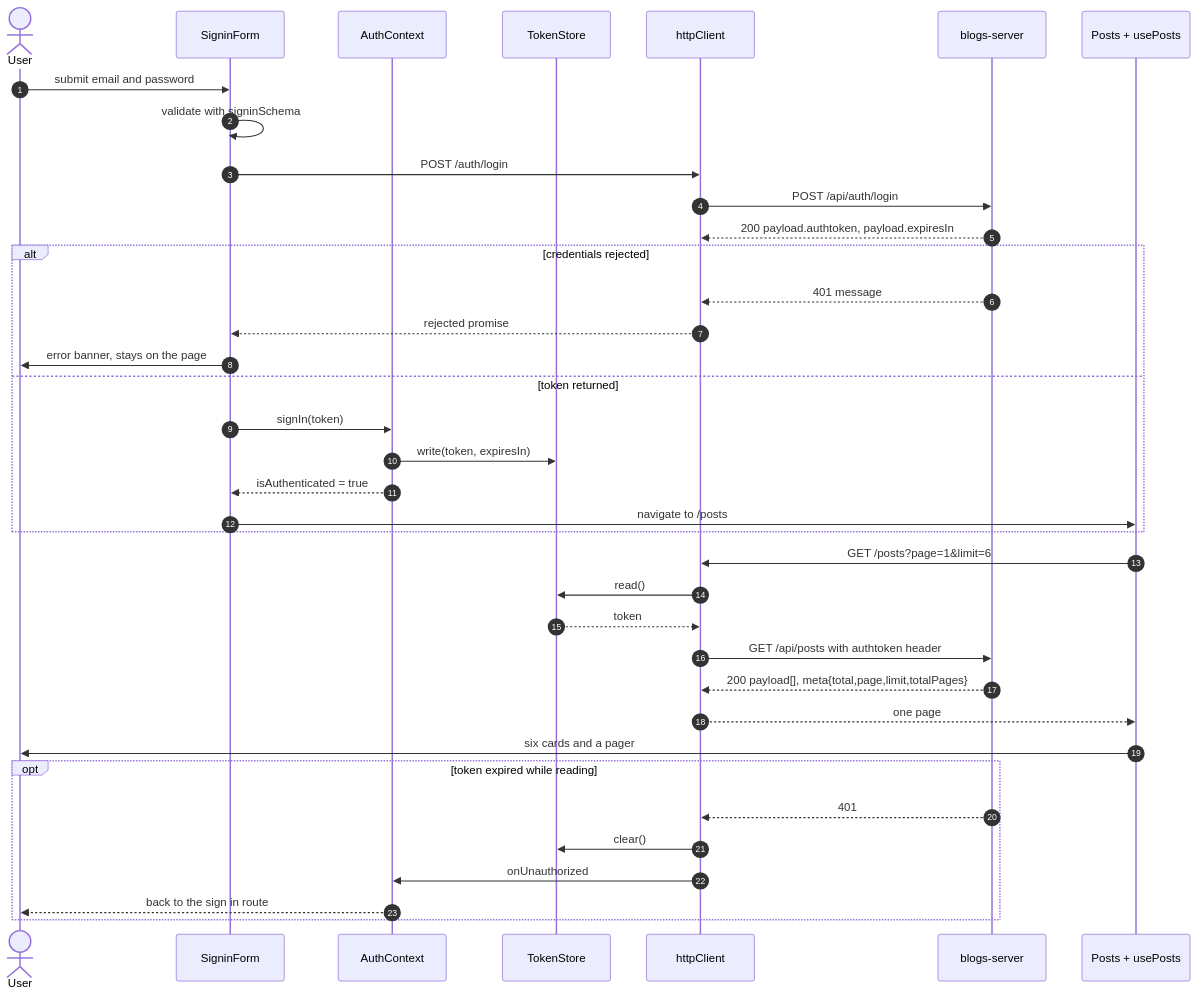
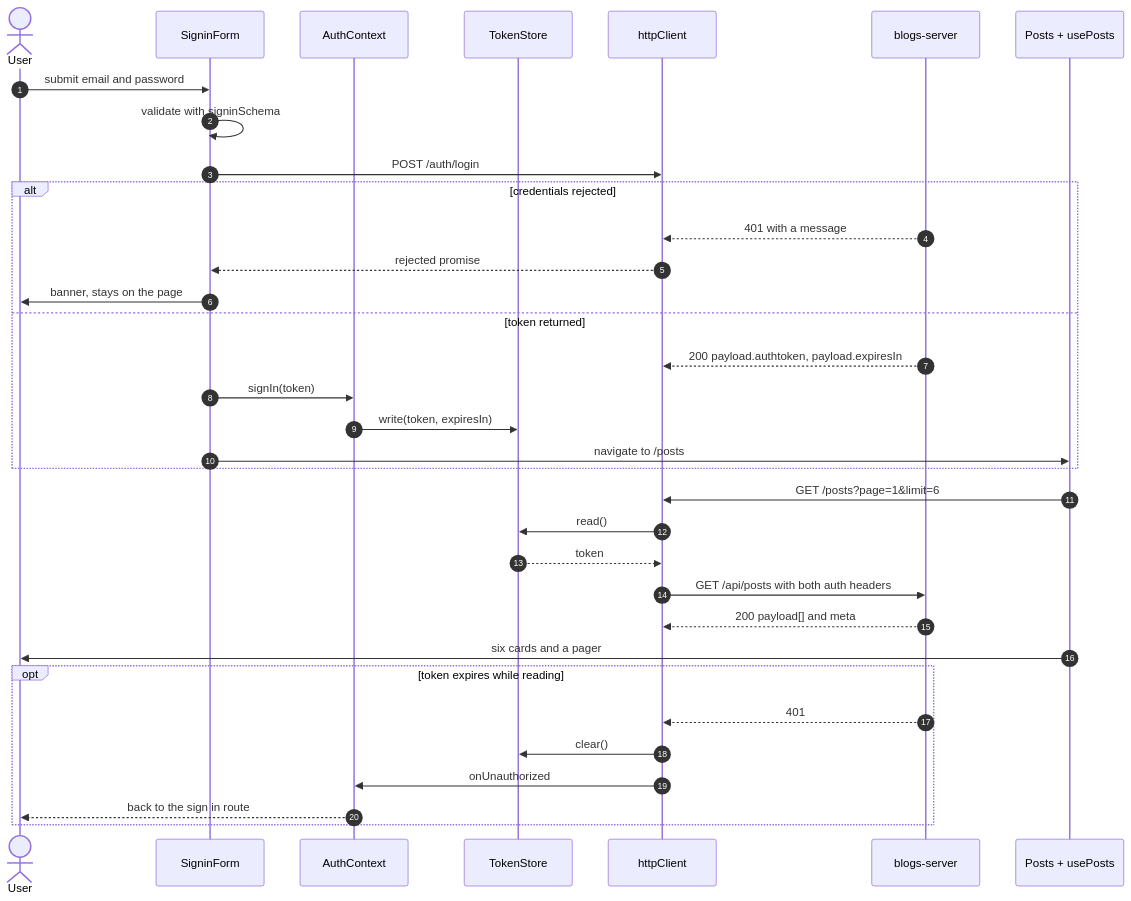
One commit to TCMS31/blogs-web changed the first of 2 diagrams in README.md. Above: the diagram before and after it, drawn with Mermaid. The commit also changed other lines of this file, not shown here.

````diff
--- a/README.md
+++ b/README.md
@@ -94,43 +91,40 @@
 ```mermaid
 sequenceDiagram
   autonumber
   actor User
   participant Form as SigninForm
   participant Auth as AuthContext
   participant Store as TokenStore
   participant HTTP as httpClient
   participant API as blogs-server
   participant Feed as Posts + usePosts
 
   User->>Form: submit email and password
   Form->>Form: validate with signinSchema
   Form->>HTTP: POST /auth/login
-  HTTP->>API: POST /api/auth/login
-  API-->>HTTP: 200 payload.authtoken, payload.expiresIn
 
   alt credentials rejected
-    API-->>HTTP: 401 message
+    API-->>HTTP: 401 with a message
     HTTP-->>Form: rejected promise
-    Form->>User: error banner, stays on the page
+    Form->>User: banner, stays on the page
   else token returned
+    API-->>HTTP: 200 payload.authtoken, payload.expiresIn
     Form->>Auth: signIn(token)
     Auth->>Store: write(token, expiresIn)
-    Auth-->>Form: isAuthenticated = true
     Form->>Feed: navigate to /posts
   end
 
   Feed->>HTTP: GET /posts?page=1&limit=6
   HTTP->>Store: read()
   Store-->>HTTP: token
-  HTTP->>API: GET /api/posts with authtoken header
-  API-->>HTTP: 200 payload[], meta{total,page,limit,totalPages}
-  HTTP-->>Feed: one page
+  HTTP->>API: GET /api/posts with both auth headers
+  API-->>HTTP: 200 payload[] and meta
   Feed->>User: six cards and a pager
 
-  opt token expired while reading
+  opt token expires while reading
     API-->>HTTP: 401
     HTTP->>Store: clear()
     HTTP->>Auth: onUnauthorized
     Auth-->>User: back to the sign in route
   end
 ```
````
